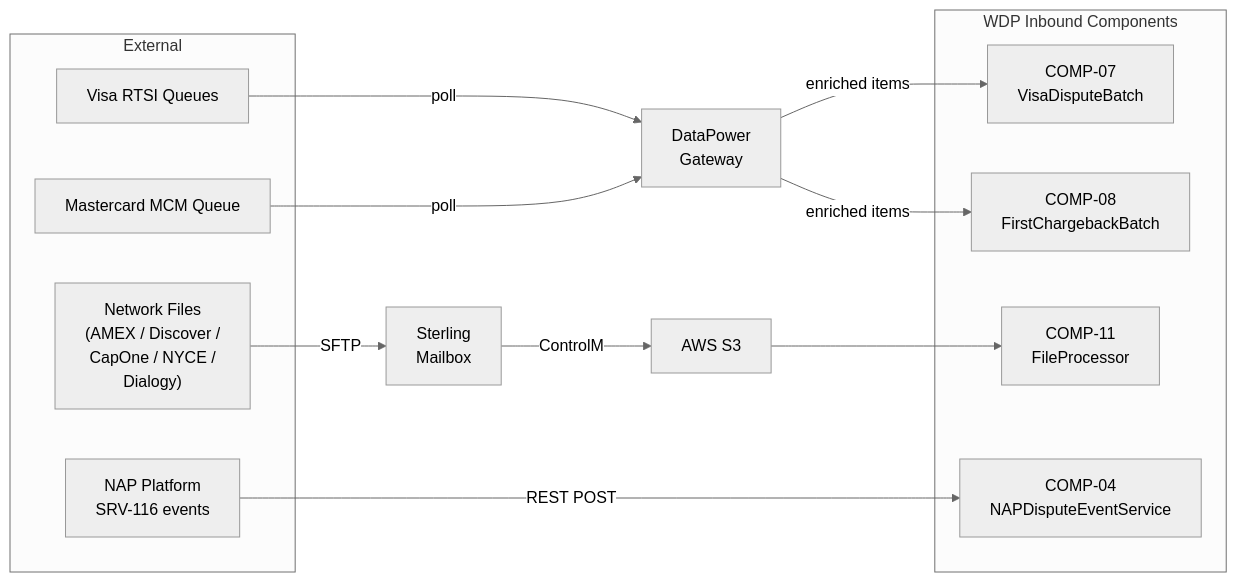
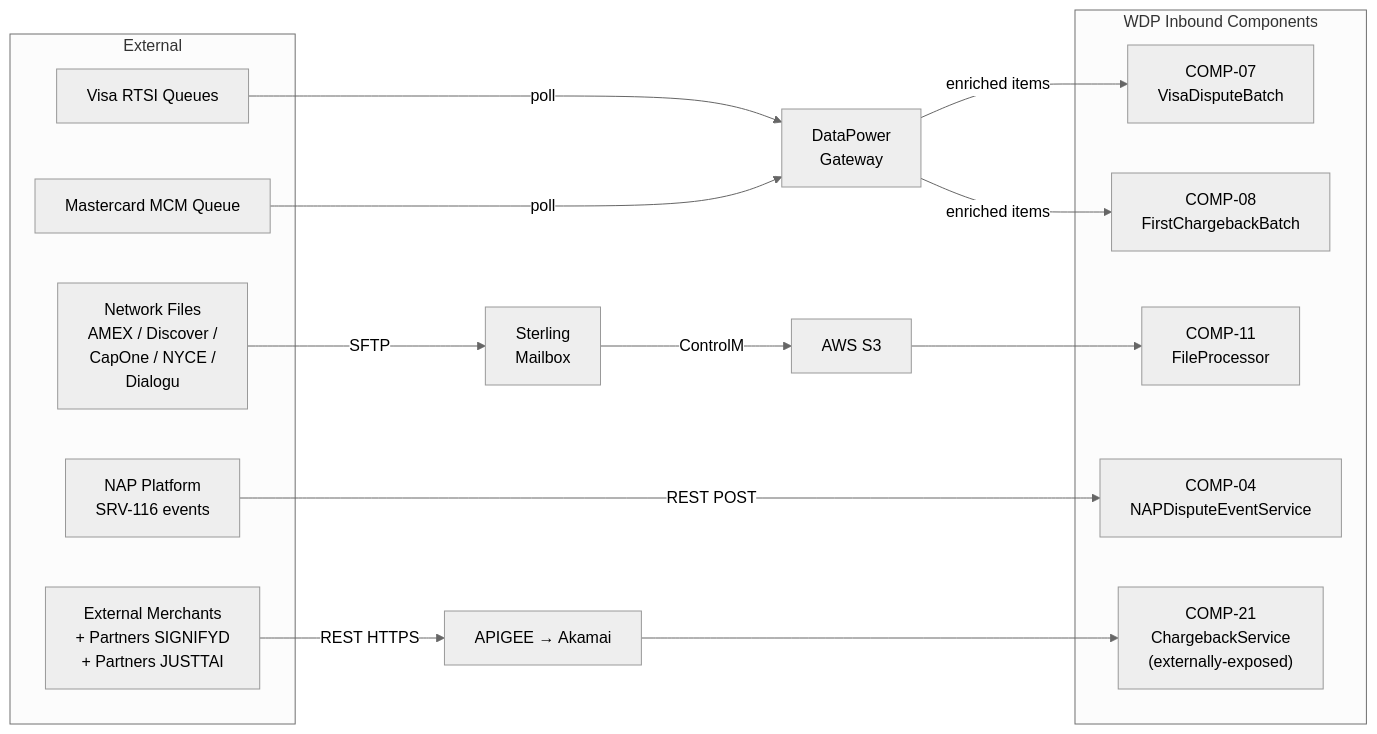
One commit to Ramas0409/DISPUTE-DOCUMENTS changed the first of 2 diagrams in WDP-INTEGRATIONS.md. Above: the diagram before and after it, drawn with Mermaid (neutral theme). The commit also changed other lines of this file and 3 other files, not shown here.

````diff
--- a/WDP-INTEGRATIONS.md
+++ b/WDP-INTEGRATIONS.md
@@ -36,27 +27,32 @@
 ```mermaid
 flowchart LR
     subgraph EXT["External"]
         VQ["Visa RTSI Queues"]
         MQ["Mastercard MCM Queue"]
-        SF["Network Files\n(AMEX / Discover /\nCapOne / NYCE /\nDialogу)"]
-        NAP_SRC["NAP Platform\nSRV-116 events"]
+        SF["Network Files<br/>AMEX / Discover /<br/>CapOne / NYCE /<br/>Dialogu"]
+        NAP_SRC["NAP Platform<br/>SRV-116 events"]
+        MERCH["External Merchants<br/>+ Partners SIGNIFYD<br/>+ Partners JUSTTAI"]
     end
 
-    DP["DataPower\nGateway"]
+    DP["DataPower<br/>Gateway"]
+    APIGEE["APIGEE → Akamai"]
 
     subgraph WDP["WDP Inbound Components"]
-        C07["COMP-07\nVisaDisputeBatch"]
-        C08["COMP-08\nFirstChargebackBatch"]
-        C11["COMP-11\nFileProcessor"]
-        C04["COMP-04\nNAPDisputeEventService"]
+        C07["COMP-07<br/>VisaDisputeBatch"]
+        C08["COMP-08<br/>FirstChargebackBatch"]
+        C11["COMP-11<br/>FileProcessor"]
+        C04["COMP-04<br/>NAPDisputeEventService"]
+        C21["COMP-21<br/>ChargebackService<br/>(externally-exposed)"]
     end
 
     VQ -->|poll| DP
     MQ -->|poll| DP
     DP -->|enriched items| C07
     DP -->|enriched items| C08
-    SF -->|SFTP| STR["Sterling\nMailbox"]
+    SF -->|SFTP| STR["Sterling<br/>Mailbox"]
     STR -->|ControlM| S3["AWS S3"]
     S3 --> C11
     NAP_SRC -->|REST POST| C04
+    MERCH -->|REST HTTPS| APIGEE
+    APIGEE --> C21
 ```
````
